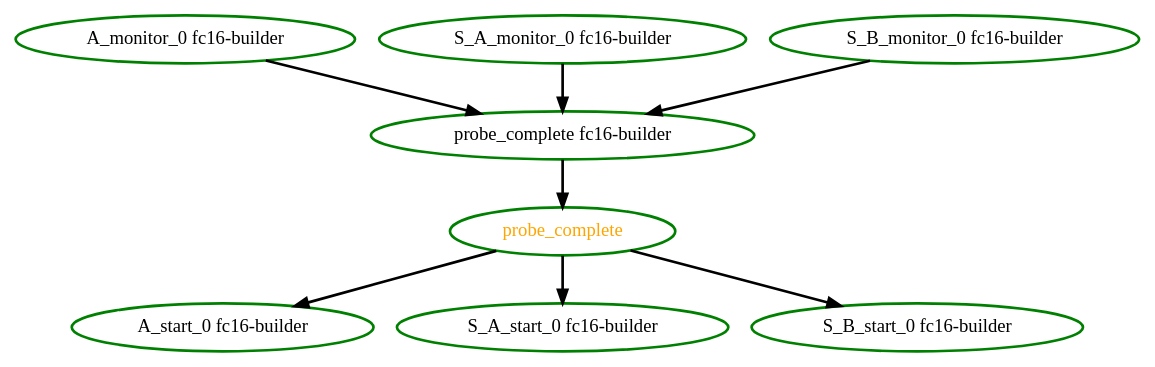
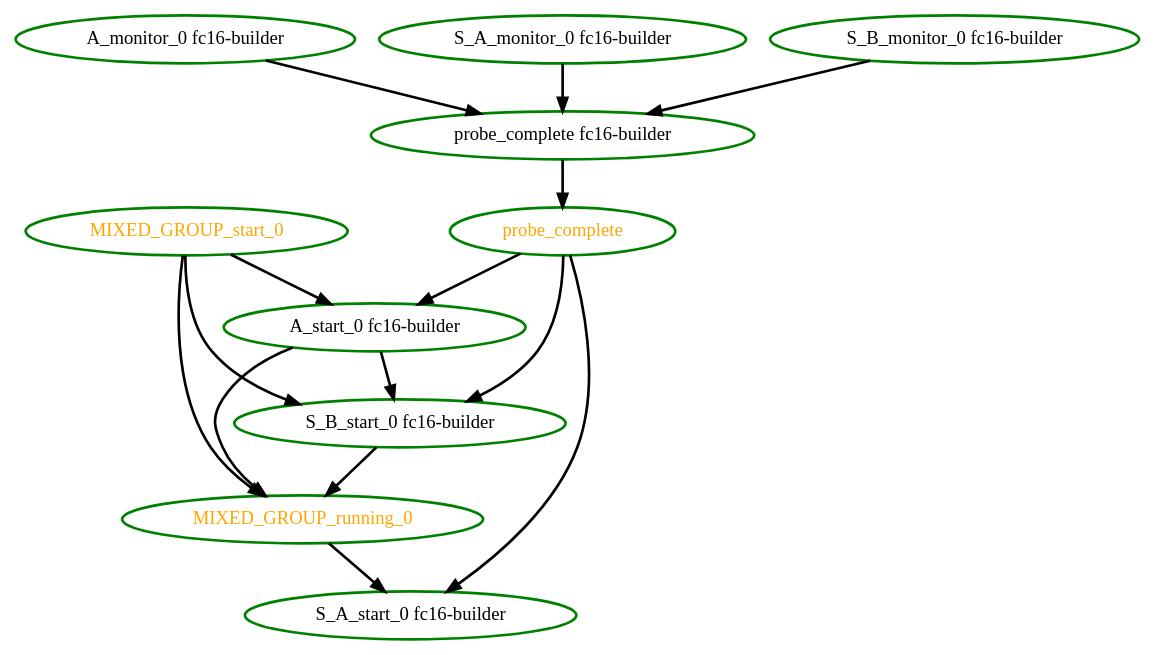
Before and after one commit to ClusterLabs/pacemaker: the diagram in pengine/test10/ignore_stonith_rsc_order2.dot, drawn with Graphviz. The commit also changed 12 other files, not shown here.

```diff
--- a/pengine/test10/ignore_stonith_rsc_order2.dot
+++ b/pengine/test10/ignore_stonith_rsc_order2.dot
@@ -1,17 +1,26 @@
  digraph "g" {
 "A_monitor_0 fc16-builder" -> "probe_complete fc16-builder" [ style = bold]
 "A_monitor_0 fc16-builder" [ style=bold color="green" fontcolor="black"]
+"A_start_0 fc16-builder" -> "MIXED_GROUP_running_0" [ style = bold]
+"A_start_0 fc16-builder" -> "S_B_start_0 fc16-builder" [ style = bold]
 "A_start_0 fc16-builder" [ style=bold color="green" fontcolor="black"]
+"MIXED_GROUP_running_0" -> "S_A_start_0 fc16-builder" [ style = bold]
+"MIXED_GROUP_running_0" [ style=bold color="green" fontcolor="orange"]
+"MIXED_GROUP_start_0" -> "A_start_0 fc16-builder" [ style = bold]
+"MIXED_GROUP_start_0" -> "MIXED_GROUP_running_0" [ style = bold]
+"MIXED_GROUP_start_0" -> "S_B_start_0 fc16-builder" [ style = bold]
+"MIXED_GROUP_start_0" [ style=bold color="green" fontcolor="orange"]
 "S_A_monitor_0 fc16-builder" -> "probe_complete fc16-builder" [ style = bold]
 "S_A_monitor_0 fc16-builder" [ style=bold color="green" fontcolor="black"]
 "S_A_start_0 fc16-builder" [ style=bold color="green" fontcolor="black"]
 "S_B_monitor_0 fc16-builder" -> "probe_complete fc16-builder" [ style = bold]
 "S_B_monitor_0 fc16-builder" [ style=bold color="green" fontcolor="black"]
+"S_B_start_0 fc16-builder" -> "MIXED_GROUP_running_0" [ style = bold]
 "S_B_start_0 fc16-builder" [ style=bold color="green" fontcolor="black"]
 "probe_complete fc16-builder" -> "probe_complete" [ style = bold]
 "probe_complete fc16-builder" [ style=bold color="green" fontcolor="black"]
 "probe_complete" -> "A_start_0 fc16-builder" [ style = bold]
 "probe_complete" -> "S_A_start_0 fc16-builder" [ style = bold]
 "probe_complete" -> "S_B_start_0 fc16-builder" [ style = bold]
 "probe_complete" [ style=bold color="green" fontcolor="orange"]
 }
```
